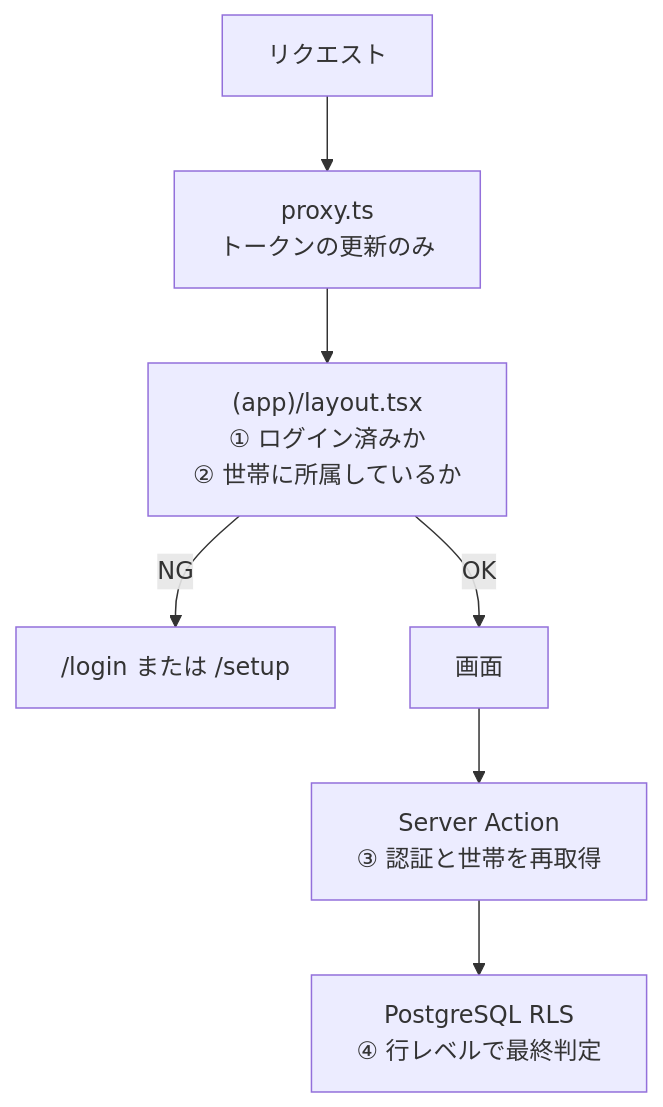
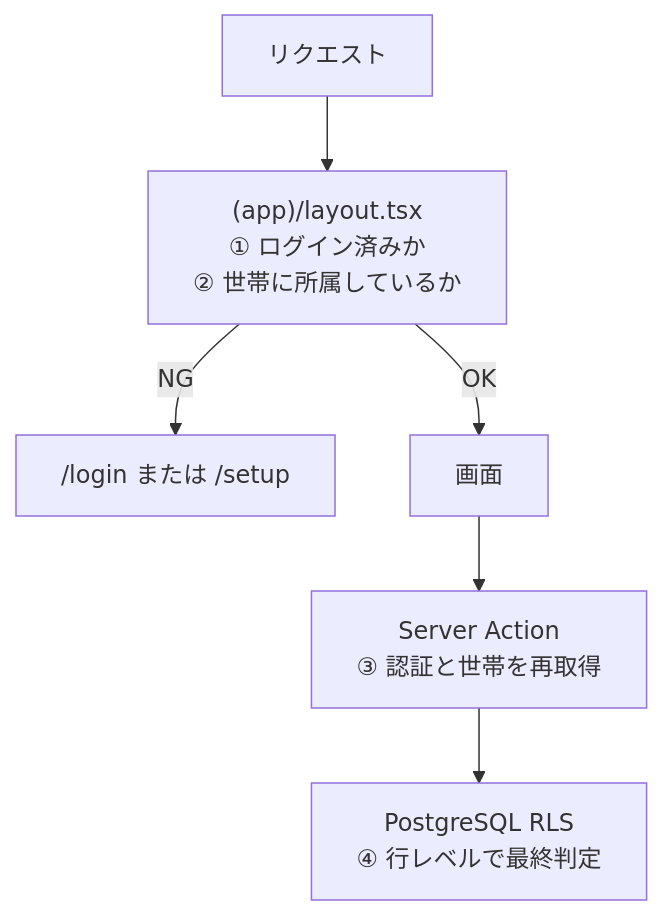
One commit to arize-matsuda/monely changed the sixth of 6 diagrams in docs/02-design/architecture.md. Above: the diagram before and after it, drawn with Mermaid. The commit also changed other lines of this file and 32 other files, not shown here.

````diff
--- a/docs/02-design/architecture.md
+++ b/docs/02-design/architecture.md
@@ -241,9 +237,8 @@
 ```mermaid
 flowchart TD
-    Req["リクエスト"] --> Px["proxy.ts<br/>トークンの更新のみ"]
-    Px --> Layout["(app)/layout.tsx<br/>① ログイン済みか<br/>② 世帯に所属しているか"]
+    Req["リクエスト"] --> Layout["(app)/layout.tsx<br/>① ログイン済みか<br/>② 世帯に所属しているか"]
     Layout -- "NG" --> Redirect["/login または /setup"]
     Layout -- "OK" --> Page["画面"]
     Page --> Action["Server Action<br/>③ 認証と世帯を再取得"]
     Action --> RLS["PostgreSQL RLS<br/>④ 行レベルで最終判定"]
 ```
````
